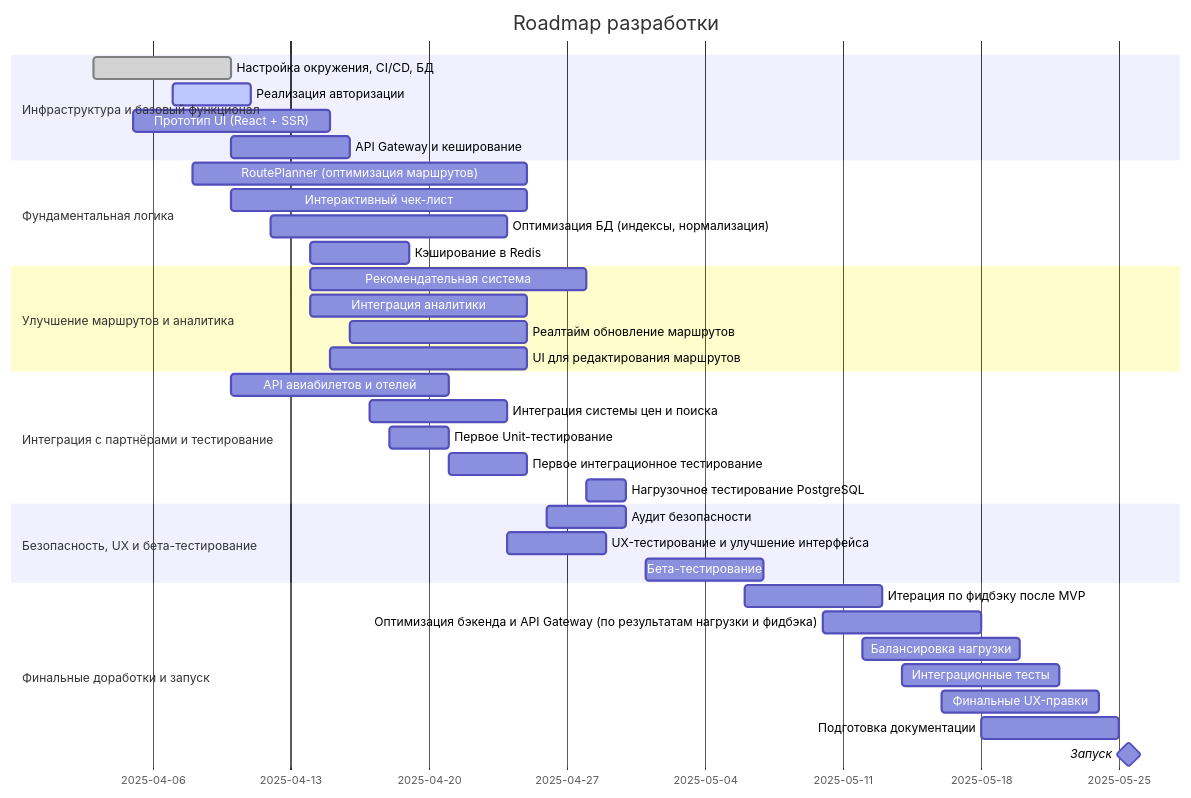
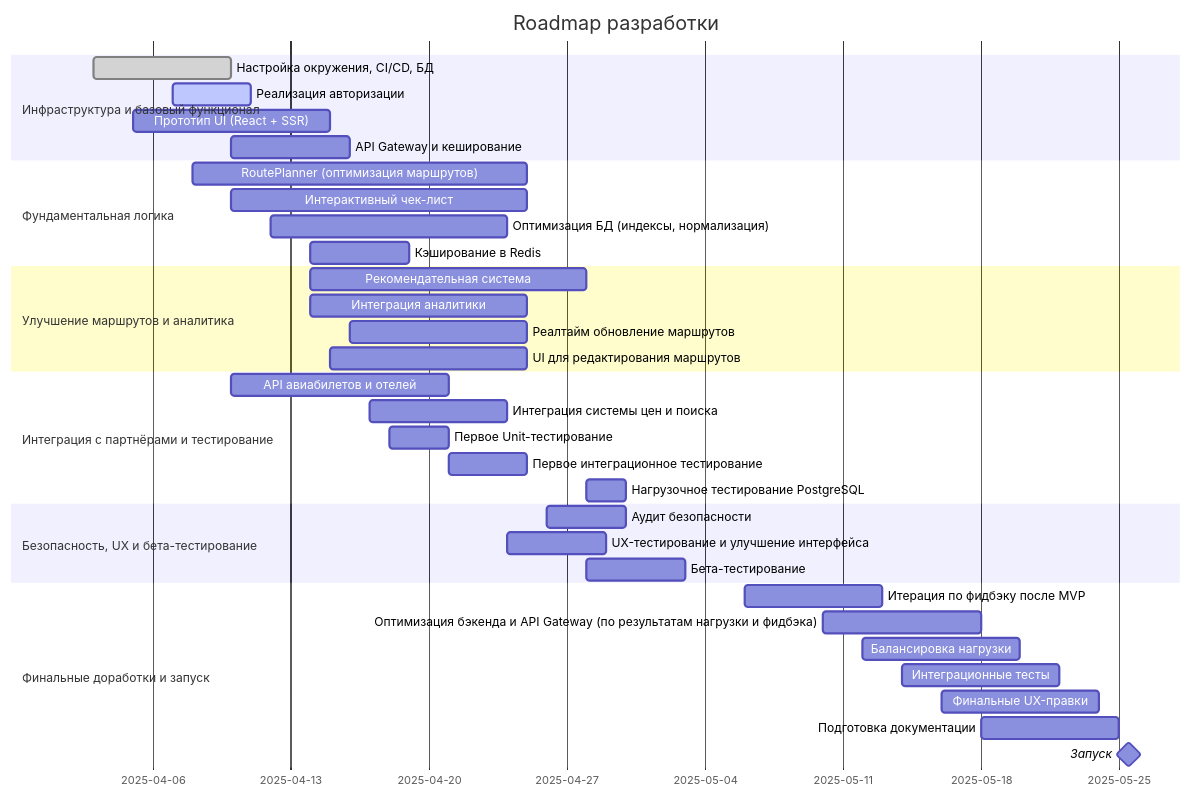
The diagram in Документация/Разработка материалы/Roadmap разработки.md (kayukovzakhar/TRPO_Travel_Planning_Service), drawn with Mermaid before and after one commit.

Commit message:
Update Roadmap разработки.md

````diff
--- a/Документация/Разработка материалы/Roadmap разработки.md
+++ b/Документация/Разработка материалы/Roadmap разработки.md
@@ -4,43 +4,43 @@
 ```mermaid
 gantt
     title Roadmap разработки
     dateFormat  YYYY-MM-DD
     section Инфраструктура и базовый функционал
     Настройка окружения, CI/CD, БД        :done, 2025-04-03, 2025-04-10
     Реализация авторизации                :active, 2025-04-07, 2025-04-11
     Прототип UI (React + SSR)             :2025-04-05, 2025-04-15
     API Gateway и кеширование             :2025-04-10, 2025-04-16
 
     section Фундаментальная логика
     RoutePlanner (оптимизация маршрутов)  :2025-04-08, 2025-04-25
     Интерактивный чек-лист                :2025-04-10, 2025-04-25
     Оптимизация БД (индексы, нормализация):2025-04-12, 2025-04-24
     Кэширование в Redis                   :2025-04-14, 2025-04-19
 
     section Улучшение маршрутов и аналитика
     Рекомендательная система              :2025-04-14, 2025-04-28
     Интеграция аналитики                  :2025-04-14, 2025-04-25
     Реалтайм обновление маршрутов         :2025-04-16, 2025-04-25
     UI для редактирования маршрутов       :2025-04-15, 2025-04-25
 
     section Интеграция с партнёрами и тестирование
     API авиабилетов и отелей              :2025-04-10, 2025-04-21
     Интеграция системы цен и поиска       :2025-04-17, 2025-04-24
     Первое Unit-тестирование              :2025-04-18, 2025-04-21
     Первое интеграционное тестирование    :2025-04-21, 2025-04-25
     Нагрузочное тестирование PostgreSQL   :2025-04-28, 2025-04-30
 
     section Безопасность, UX и бета-тестирование
     Аудит безопасности                    :2025-04-26, 2025-04-30
     UX-тестирование и улучшение интерфейса:2025-04-24, 2025-04-29
-    Бета-тестирование                     :2025-05-01, 2025-05-07
+    Бета-тестирование                     :2025-04-28, 2025-05-03
 
     section Финальные доработки и запуск
     Итерация по фидбэку после MVP         :2025-05-06, 2025-05-13
     Оптимизация бэкенда и API Gateway (по результатам нагрузки и фидбэка):2025-05-10, 2025-05-18
     Балансировка нагрузки                 :2025-05-12, 2025-05-20
     Интеграционные тесты                  :2025-05-14, 2025-05-22
     Финальные UX-правки                   :2025-05-16, 2025-05-24
     Подготовка документации               :2025-05-18, 2025-05-25
     Запуск                             :milestone, 2025-05-25, 1d
 ```
````
